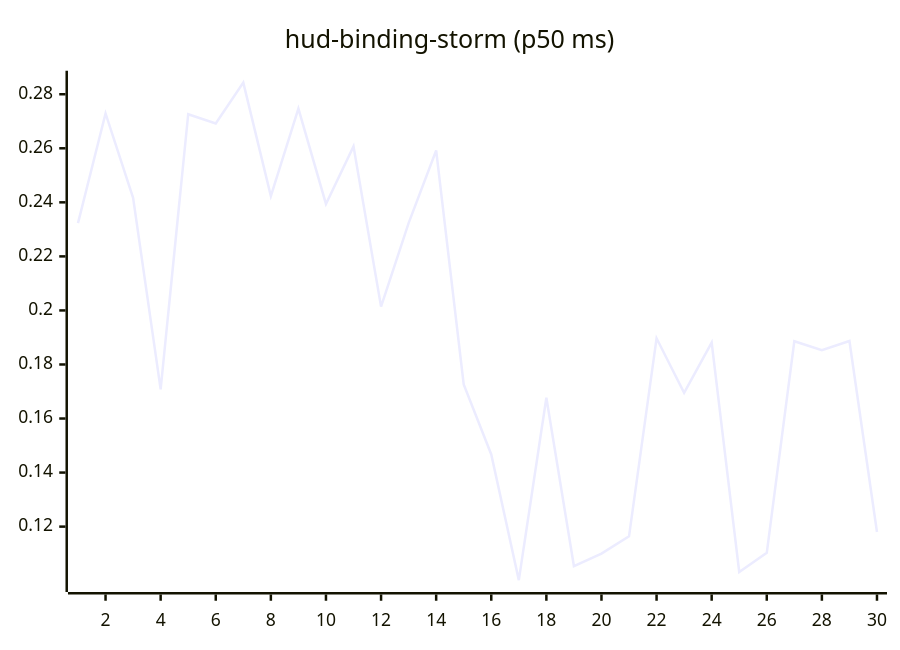
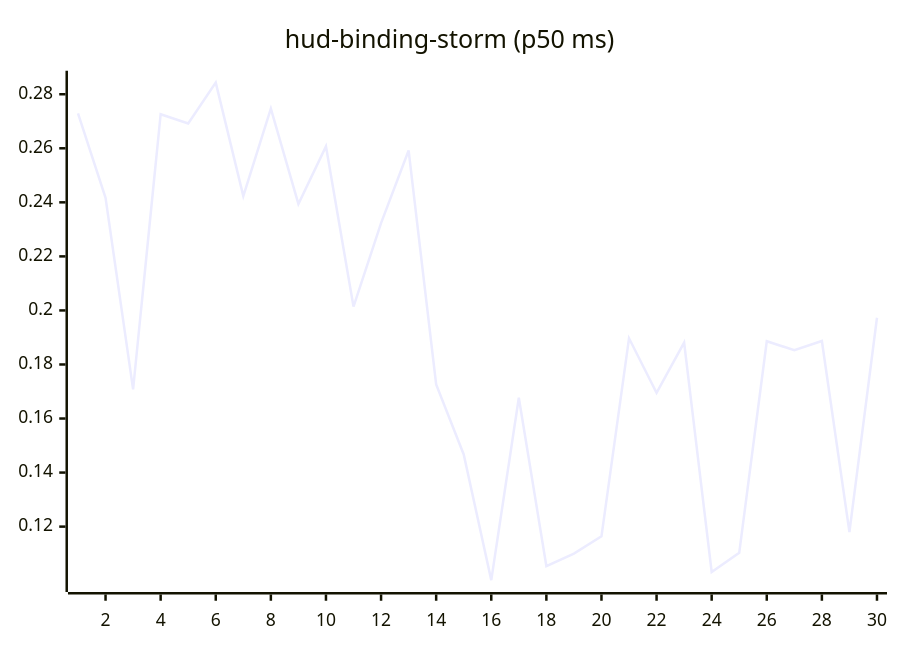
Before and after one commit to josha/Facet: the tenth of 27 diagrams in README.md, drawn with Mermaid. The commit also changed other lines of this file and 2 other files, not shown here.

````diff
--- a/README.md
+++ b/README.md
@@ -126,6 +126,6 @@
 ```mermaid
 xychart-beta
     title "hud-binding-storm (p50 ms)"
     x-axis 1 --> 30
-    line [0.2323, 0.2729, 0.2417, 0.1708, 0.2726, 0.2692, 0.2843, 0.2423, 0.2747, 0.2394, 0.2607, 0.2014, 0.2323, 0.2592, 0.1726, 0.1467, 0.1002, 0.1677, 0.1054, 0.1100, 0.1164, 0.1897, 0.1695, 0.1881, 0.1032, 0.1103, 0.1886, 0.1853, 0.1887, 0.1180]
+    line [0.2729, 0.2417, 0.1708, 0.2726, 0.2692, 0.2843, 0.2423, 0.2747, 0.2394, 0.2607, 0.2014, 0.2323, 0.2592, 0.1726, 0.1467, 0.1002, 0.1677, 0.1054, 0.1100, 0.1164, 0.1897, 0.1695, 0.1881, 0.1032, 0.1103, 0.1886, 0.1853, 0.1887, 0.1180, 0.1973]
 ```
````
